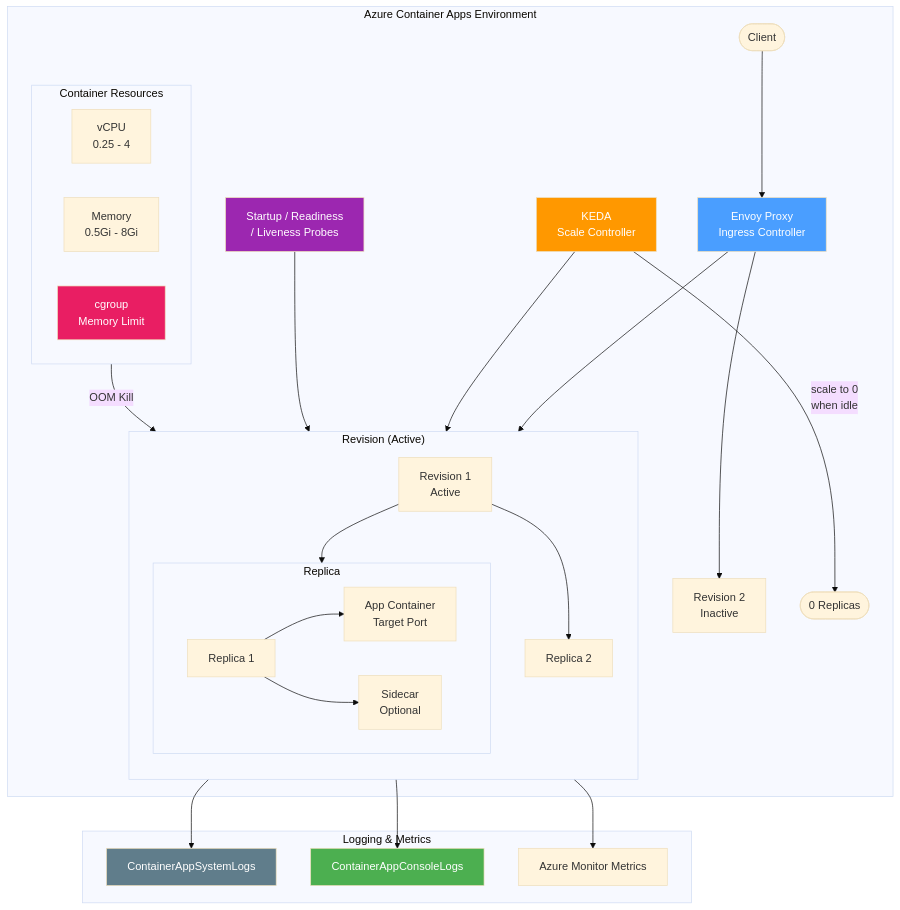
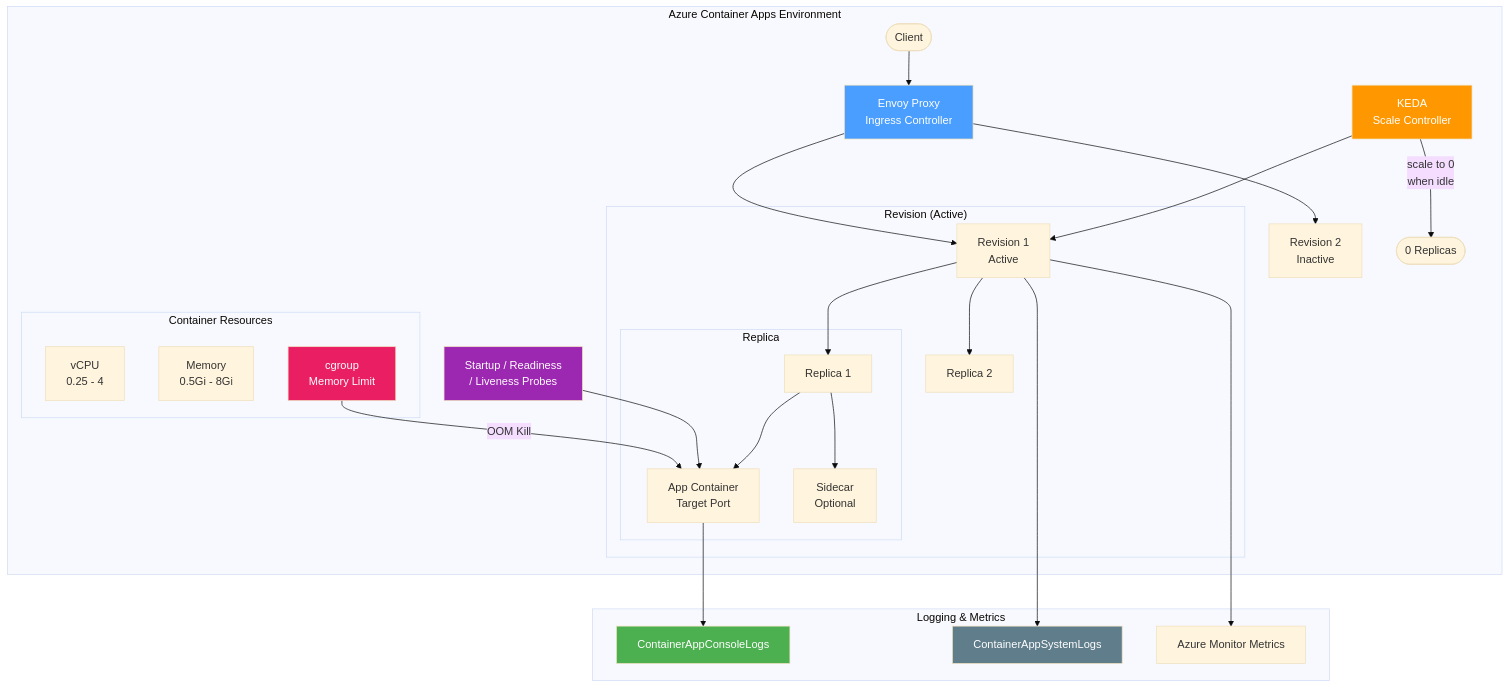
The diagram in docs/container-apps/index.md (yeongseon/azure-paas-troubleshooting-labs), drawn with Mermaid (base theme) before and after one commit. The commit also changed other lines of this file and 40 other files, not shown here.

````diff
--- a/docs/container-apps/index.md
+++ b/docs/container-apps/index.md
@@ -14,52 +14,49 @@
 ```mermaid
 graph TB
     subgraph "Azure Container Apps Environment"
         Client([Client]) --> ENVOY[Envoy Proxy<br/>Ingress Controller]
 
-        ENVOY --> REV1[Revision 1<br/>Active]
+        ENVOY --> REV1
         ENVOY --> REV2[Revision 2<br/>Inactive]
 
         subgraph "Revision (Active)"
-            direction TB
-            REV1 --> R1[Replica 1]
+            REV1[Revision 1<br/>Active] --> R1
             REV1 --> R2[Replica 2]
 
             subgraph "Replica"
-                direction LR
-                R1 --> APP[App Container<br/>Target Port]
+                R1[Replica 1] --> APP[App Container<br/>Target Port]
                 R1 --> SIDE[Sidecar<br/>Optional]
             end
         end
 
         KEDA[KEDA<br/>Scale Controller] --> REV1
         KEDA --> |"scale to 0<br/>when idle"| ZERO([0 Replicas])
 
         subgraph "Container Resources"
-            direction LR
             VCPU[vCPU<br/>0.25 - 4]
             CMEM[Memory<br/>0.5Gi - 8Gi]
             CGROUP[cgroup<br/>Memory Limit]
         end
 
         CGROUP --> |"OOM Kill"| APP
 
         PROBE[Startup / Readiness<br/>/ Liveness Probes] --> APP
     end
 
     subgraph "Logging & Metrics"
         SYSLOG[ContainerAppSystemLogs]
         CONLOG[ContainerAppConsoleLogs]
         METRICS[Azure Monitor Metrics]
     end
 
     APP --> CONLOG
     REV1 --> SYSLOG
     REV1 --> METRICS
 
     style ENVOY fill:#4a9eff,color:#fff
     style KEDA fill:#ff9800,color:#fff
     style CGROUP fill:#e91e63,color:#fff
     style PROBE fill:#9c27b0,color:#fff
     style CONLOG fill:#4caf50,color:#fff
     style SYSLOG fill:#607d8b,color:#fff
 ```
````
